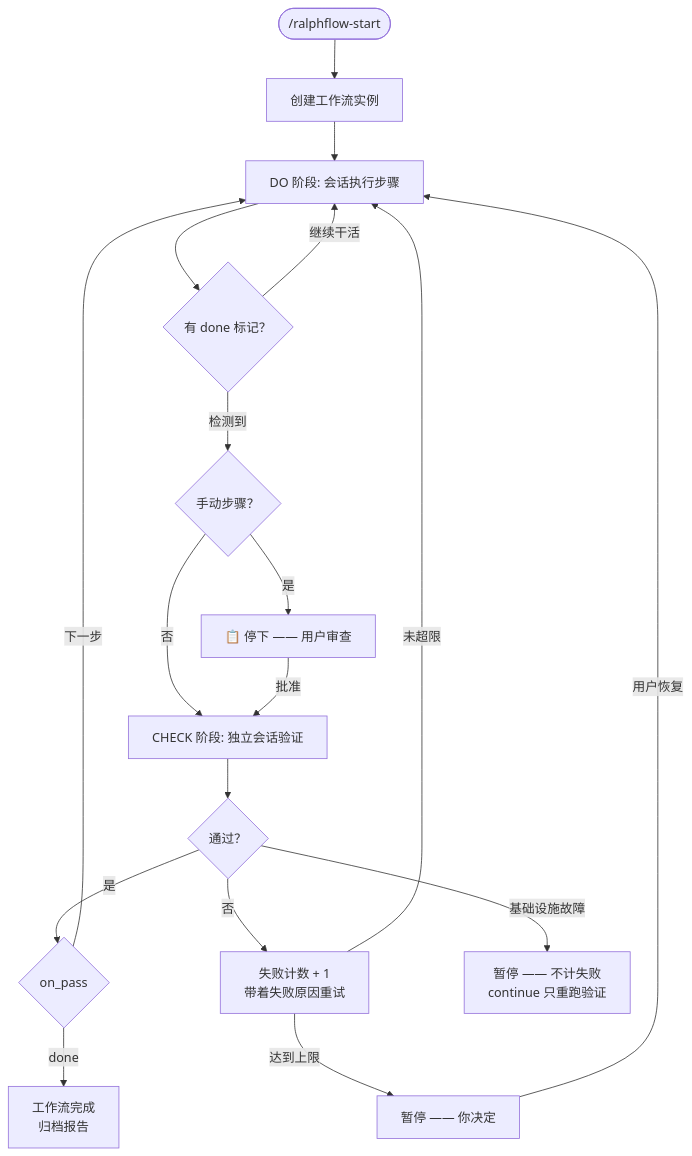
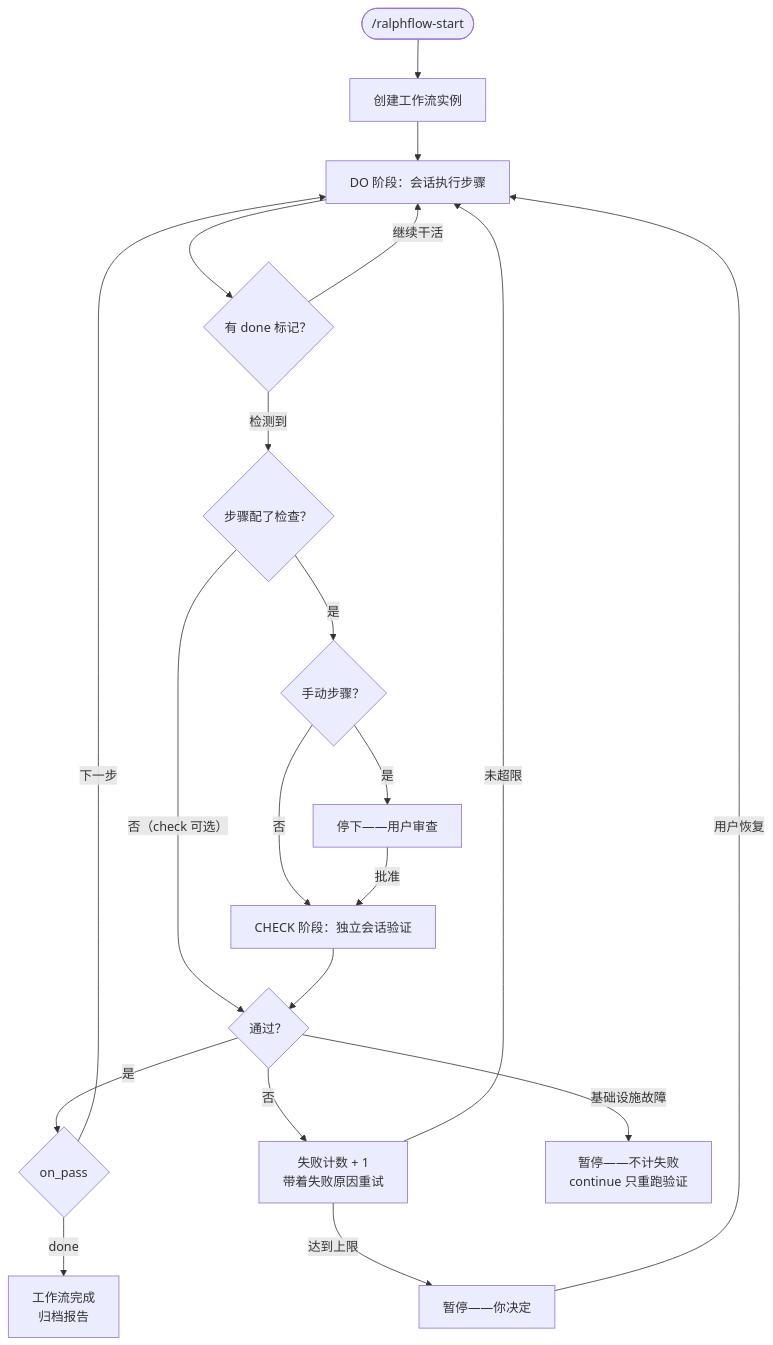
The first of 3 diagrams in src/data/readme/yibener--ralph-flow.md (qunqin24/opendock), drawn with Mermaid before and after one commit. The commit also changed other lines of this file and 55 other files, not shown here.

````diff
--- a/src/data/readme/yibener--ralph-flow.md
+++ b/src/data/readme/yibener--ralph-flow.md
@@ -23,20 +21,22 @@
 ```mermaid
 flowchart TD
     Start(["/ralphflow-start"]) --> Inst["创建工作流实例"]
-    Inst --> DO["DO 阶段: 会话执行步骤"]
+    Inst --> DO["DO 阶段：会话执行步骤"]
     DO --> DoneTag{"有 done 标记？"}
     DoneTag -->|"继续干活"| DO
-    DoneTag -->|"检测到"| Manual{"手动步骤？"}
-    Manual -->|"是"| Review["📋 停下 —— 用户审查"]
-    Manual -->|"否"| CHECK["CHECK 阶段: 独立会话验证"]
+    DoneTag -->|"检测到"| HasCheck{"步骤配了检查？"}
+    HasCheck -->|"否（check 可选）"| Pass
+    HasCheck -->|"是"| Manual{"手动步骤？"}
+    Manual -->|"是"| Review["停下——用户审查"]
+    Manual -->|"否"| CHECK["CHECK 阶段：独立会话验证"]
     Review -->|"批准"| CHECK
     CHECK --> Pass{"通过？"}
     Pass -->|"是"| Next{"on_pass"}
     Pass -->|"否"| Fail["失败计数 + 1<br/>带着失败原因重试"]
-    Pass -->|"基础设施故障"| Infra["暂停 —— 不计失败<br/>continue 只重跑验证"]
+    Pass -->|"基础设施故障"| Infra["暂停——不计失败<br/>continue 只重跑验证"]
     Next -->|"下一步"| DO
     Next -->|"done"| Complete["工作流完成<br/>归档报告"]
     Fail -->|"未超限"| DO
-    Fail -->|"达到上限"| Pause["暂停 —— 你决定"]
+    Fail -->|"达到上限"| Pause["暂停——你决定"]
     Pause -->|"用户恢复"| DO
 ```
````
